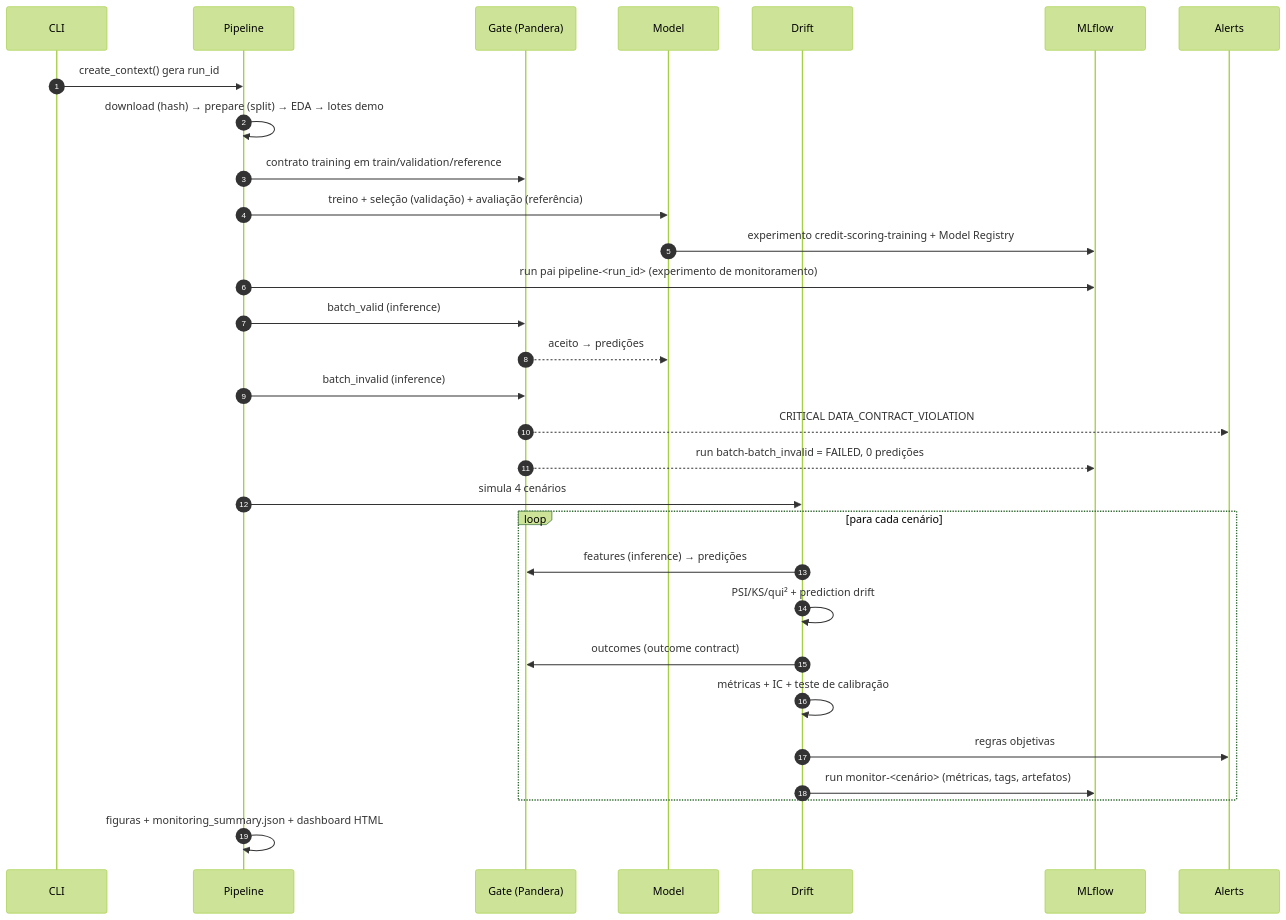
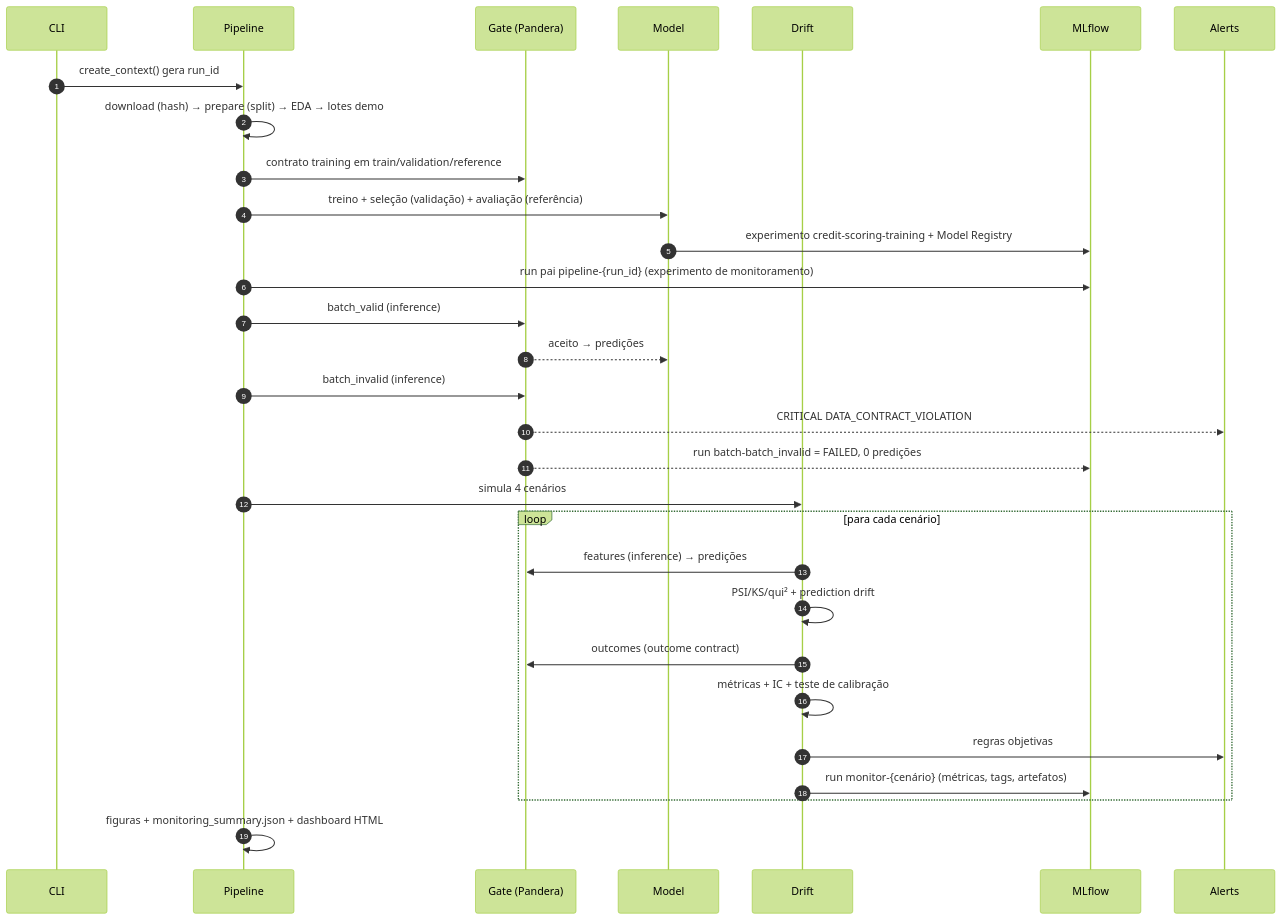
The second of 2 diagrams in docs/ARQUITETURA.md (caiofreitaz/credit-scoring-ml-observability), drawn with Mermaid (forest theme) before and after one commit. The commit also changed other lines of this file and 1 other file, not shown here.

Commit message:
docs: fix mermaid diagrams rendering on GitHub
Quote node labels and remove HTML entities so GitHub's Mermaid parser renders the architecture and sequence diagrams.

````diff
--- a/docs/ARQUITETURA.md
+++ b/docs/ARQUITETURA.md
@@ -22,32 +22,32 @@
 ```mermaid
 sequenceDiagram
     autonumber
     participant CLI
     participant Pipeline
     participant Gate as Gate (Pandera)
     participant Model
     participant Drift
     participant MLflow
     participant Alerts
     CLI->>Pipeline: create_context() gera run_id
     Pipeline->>Pipeline: download (hash) → prepare (split) → EDA → lotes demo
     Pipeline->>Gate: contrato training em train/validation/reference
     Pipeline->>Model: treino + seleção (validação) + avaliação (referência)
     Model->>MLflow: experimento credit-scoring-training + Model Registry
-    Pipeline->>MLflow: run pai pipeline-<run_id> (experimento de monitoramento)
+    Pipeline->>MLflow: run pai pipeline-{run_id} (experimento de monitoramento)
     Pipeline->>Gate: batch_valid (inference)
     Gate-->>Model: aceito → predições
     Pipeline->>Gate: batch_invalid (inference)
     Gate-->>Alerts: CRITICAL DATA_CONTRACT_VIOLATION
     Gate-->>MLflow: run batch-batch_invalid = FAILED, 0 predições
     Pipeline->>Drift: simula 4 cenários
     loop para cada cenário
         Drift->>Gate: features (inference) → predições
         Drift->>Drift: PSI/KS/qui² + prediction drift
         Drift->>Gate: outcomes (outcome contract)
         Drift->>Drift: métricas + IC + teste de calibração
         Drift->>Alerts: regras objetivas
-        Drift->>MLflow: run monitor-<cenário> (métricas, tags, artefatos)
+        Drift->>MLflow: run monitor-{cenário} (métricas, tags, artefatos)
     end
     Pipeline->>Pipeline: figuras + monitoring_summary.json + dashboard HTML
 ```
````
